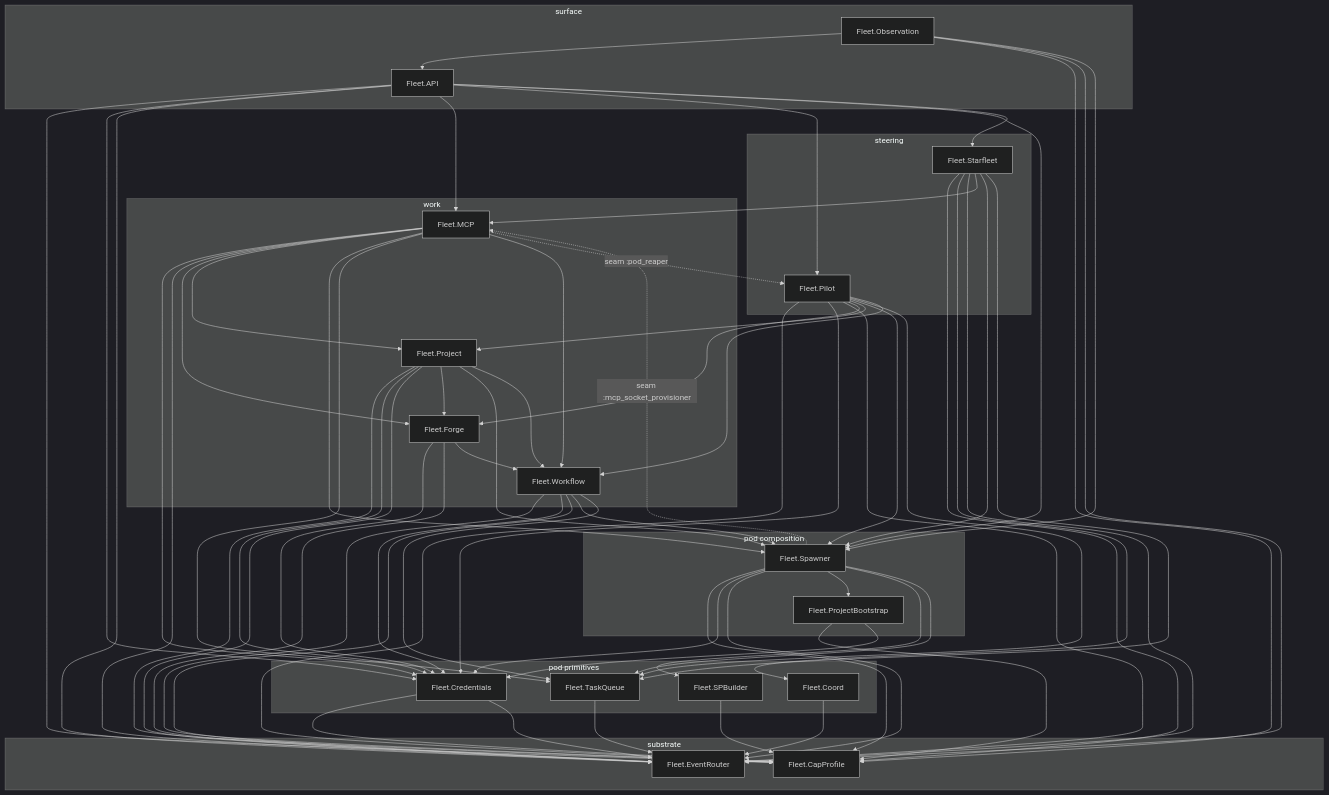
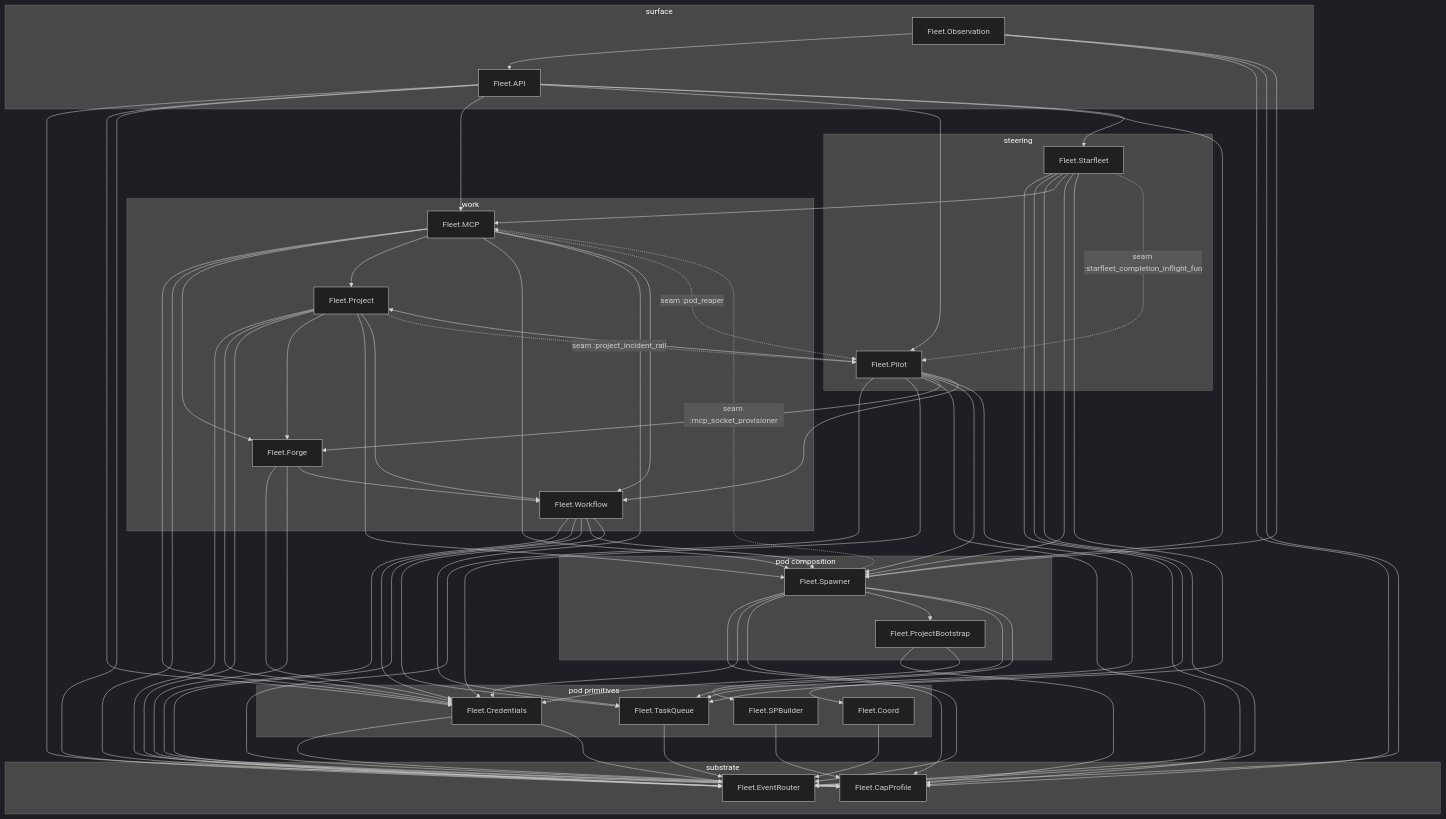
The diagram in fleet/README.md (zUrp-Embedded/LCARS-fleet), drawn with Mermaid (dark theme) before and after one commit. The commit also changed 3 other files, not shown here.

````diff
--- a/fleet/README.md
+++ b/fleet/README.md
@@ -118,4 +118,6 @@
     Fleet_Workflow --> Fleet_TaskQueue
     Fleet_Spawner -. "seam :mcp_socket_provisioner" .-> Fleet_MCP
     Fleet_MCP -. "seam :pod_reaper" .-> Fleet_Pilot
+    Fleet_Starfleet -. "seam :starfleet_completion_inflight_fun" .-> Fleet_Pilot
+    Fleet_Project -. "seam :project_incident_rail" .-> Fleet_Pilot
 ```
````
